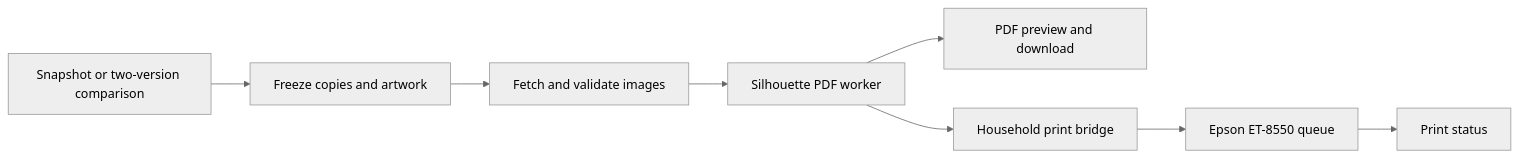
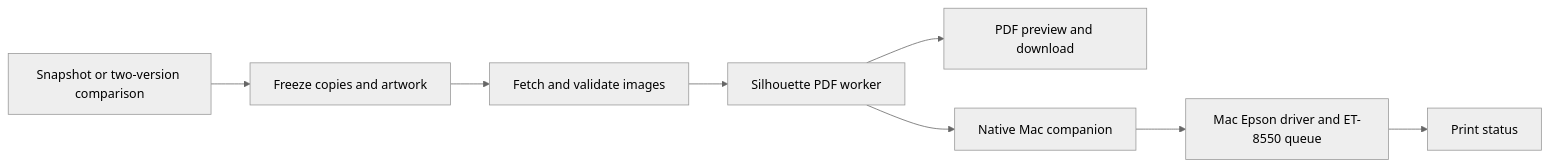
Before and after one commit to Cruv/card-list-compare: the diagram in docs/PRINT_WORKFLOW.md, drawn with Mermaid (neutral theme). The commit also changed other lines of this file and 3 other files, not shown here.

First line of the commit message:
Adopt v6 layouts and native Mac print companion design

````diff
--- a/docs/PRINT_WORKFLOW.md
+++ b/docs/PRINT_WORKFLOW.md
@@ -91,10 +95,10 @@
 ```mermaid
 flowchart LR
     A[Snapshot or two-version comparison] --> B[Freeze copies and artwork]
     B --> C[Fetch and validate images]
     C --> D[Silhouette PDF worker]
     D --> E[PDF preview and download]
-    D --> F[Household print bridge]
-    F --> G[Epson ET-8550 queue]
+    D --> F[Native Mac companion]
+    F --> G[Mac Epson driver and ET-8550 queue]
     G --> H[Print status]
 ```
````
